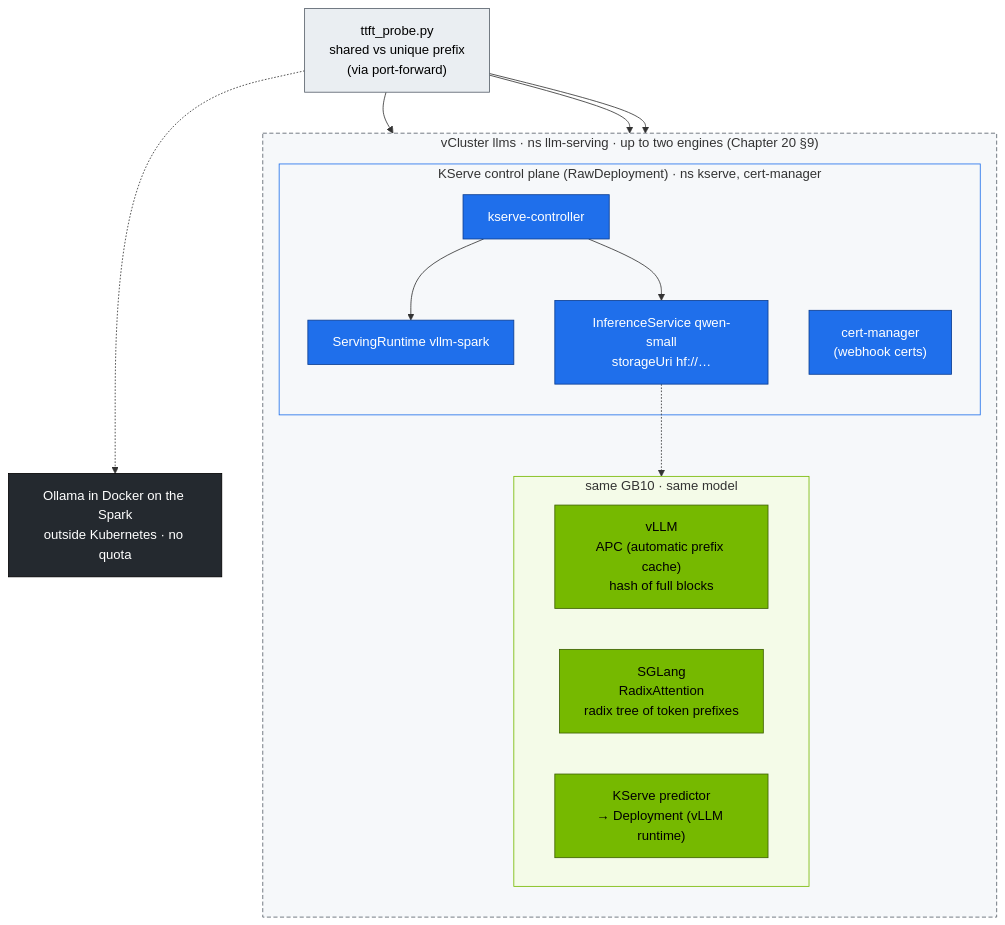
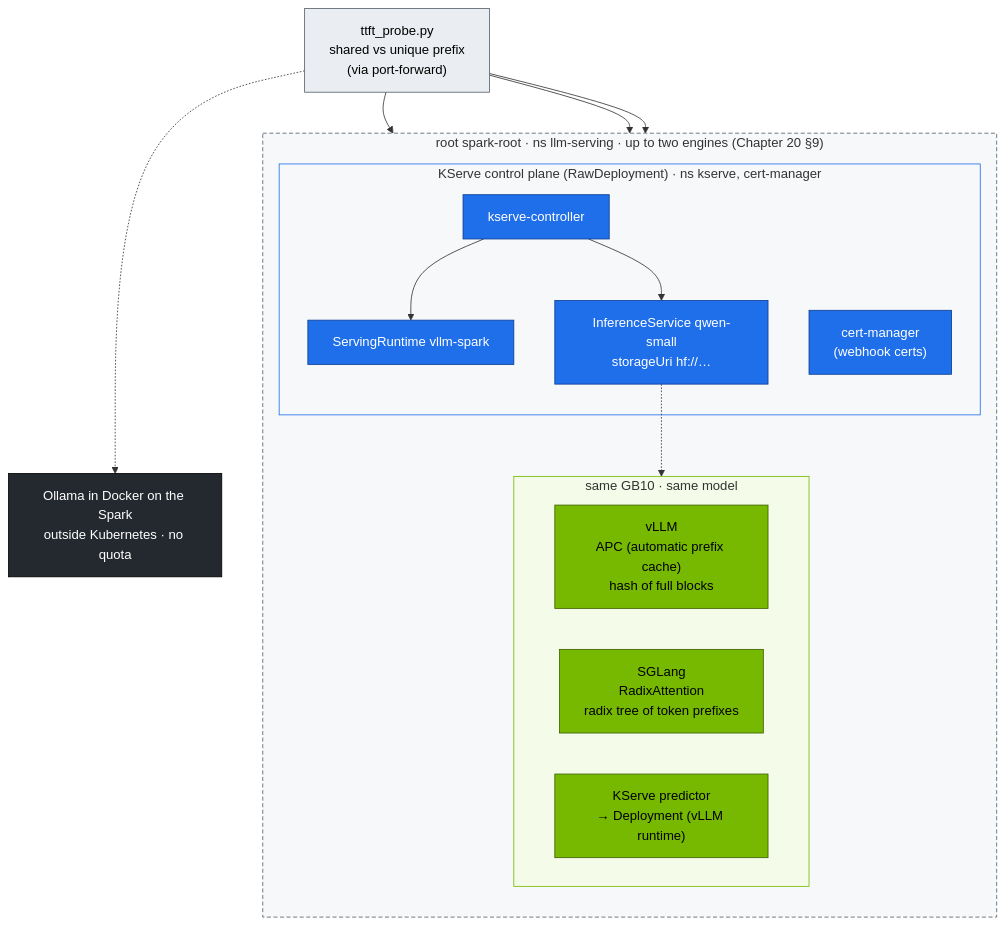
Before and after one commit to cloudone365/technical-depth: the diagram in 02-Kubernetes/22-llm-inference-alternatives-and-kserve.md, drawn with Mermaid. The commit also changed other lines of this file and 58 other files, not shown here.

First line of the commit message:
Docs: dev-llms sandbox vCluster, LLM stack on the root, shared ~90 GiB pool, headless DGX OS

````diff
--- a/02-Kubernetes/22-llm-inference-alternatives-and-kserve.md
+++ b/02-Kubernetes/22-llm-inference-alternatives-and-kserve.md
@@ -52,32 +52,32 @@
 ```mermaid
 flowchart TB
-  subgraph LLMS["vCluster llms · ns llm-serving · up to two engines (Chapter 20 §9)"]
+  subgraph LLMS["root spark-root · ns llm-serving · up to two engines (Chapter 20 §9)"]
     direction TB
     subgraph SAME["same GB10 · same model"]
       direction LR
       V["vLLM<br/>APC (automatic prefix cache)<br/>hash of full blocks"]
       SG["SGLang<br/>RadixAttention<br/>radix tree of token prefixes"]
       KS["KServe predictor<br/>→ Deployment (vLLM runtime)"]
     end
     subgraph KSERVE["KServe control plane (RawDeployment) · ns kserve, cert-manager"]
       CTRL["kserve-controller"] --> SR["ServingRuntime vllm-spark"]
       CTRL --> ISVC["InferenceService qwen-small<br/>storageUri hf://…"]
       CM["cert-manager<br/>(webhook certs)"]
     end
     ISVC -.-> KS
   end
   PROBE["ttft_probe.py<br/>shared vs unique prefix<br/>(via port-forward)"] --> V & SG & KS
   HOST["Ollama in Docker on the Spark<br/>outside Kubernetes · no quota"]
   PROBE -.-> HOST
   classDef gpu fill:#76b900,stroke:#3d6000,color:#000
   classDef ctrl fill:#1f6feb,stroke:#0b3d91,color:#fff
   classDef tenant fill:#eaeef2,stroke:#57606a,color:#000
   classDef ext fill:#24292f,stroke:#000,color:#fff
   class V,SG,KS gpu
   class CTRL,SR,ISVC,CM ctrl
   class PROBE tenant
   class HOST ext
   style SAME fill:#f4fbe8,stroke:#76b900
   style KSERVE fill:#f6f8fa,stroke:#1f6feb
   style LLMS fill:#f6f8fa,stroke:#57606a,stroke-dasharray:5 3
 ```
````
